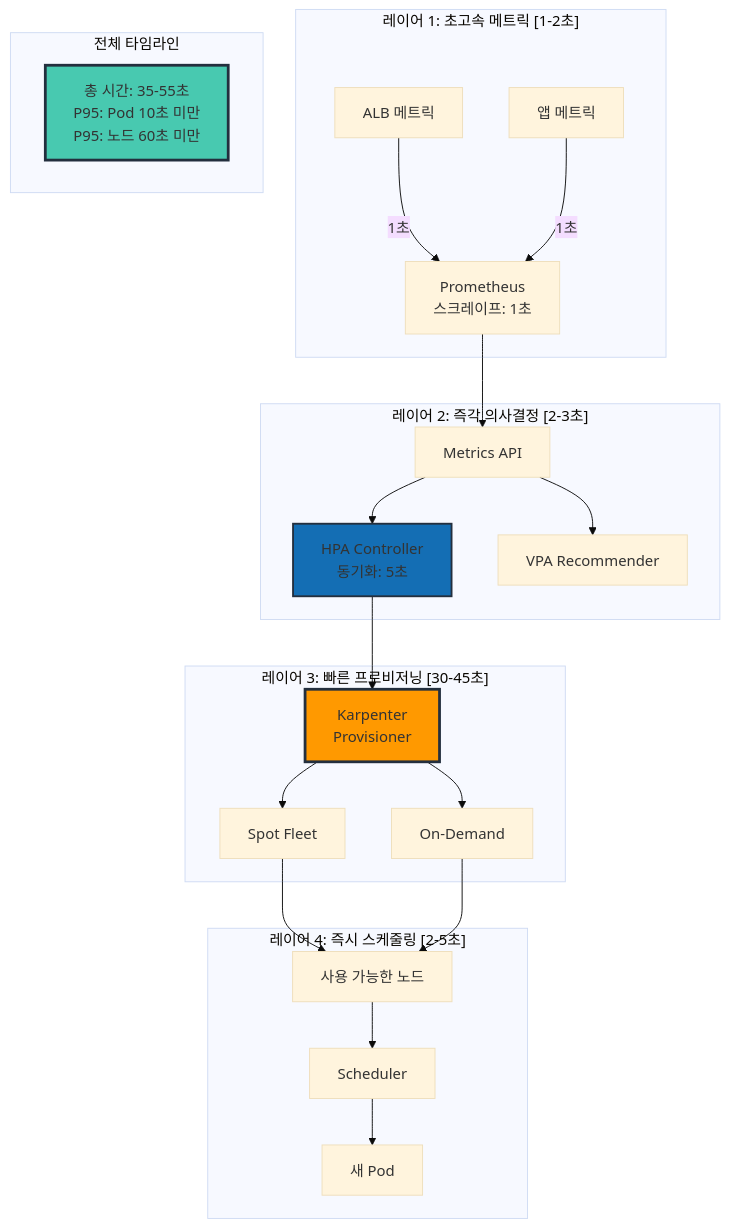
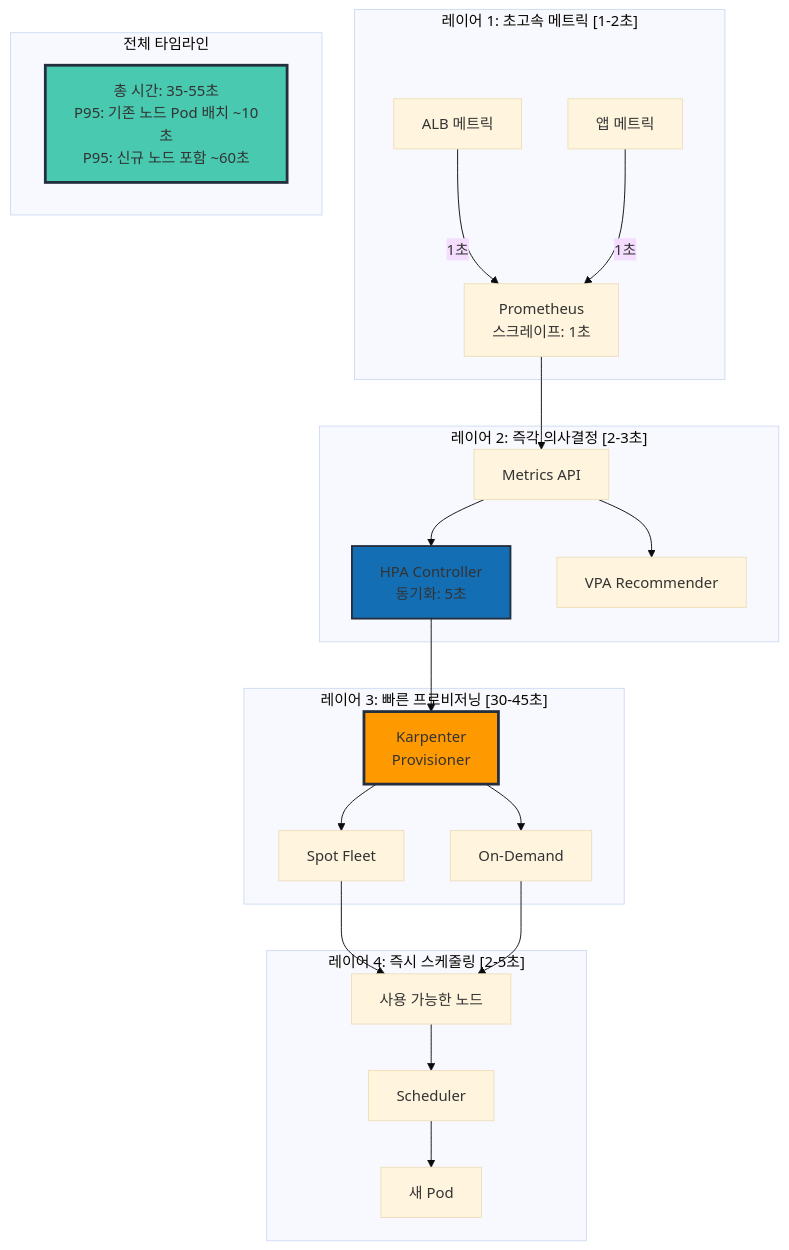
One commit to devfloor9/engineering-playbook changed the ninth of 33 diagrams in docs/infrastructure-optimization/karpenter-autoscaling.md. Above: the diagram before and after it, drawn with Mermaid (base theme). The commit also changed other lines of this file and 43 other files, not shown here.

````diff
--- a/docs/infrastructure-optimization/karpenter-autoscaling.md
+++ b/docs/infrastructure-optimization/karpenter-autoscaling.md
@@ -286,51 +522,51 @@
 ```mermaid
 graph TB
     subgraph "레이어 1: 초고속 메트릭 [1-2초]"
         ALB[ALB 메트릭]
         APP[앱 메트릭]
         PROM[Prometheus<br/>스크레이프: 1초]
 
         ALB -->|1초| PROM
         APP -->|1초| PROM
     end
 
     subgraph "레이어 2: 즉각 의사결정 [2-3초]"
         MA[Metrics API]
         HPA[HPA Controller<br/>동기화: 5초]
         VPA[VPA Recommender]
 
         PROM --> MA
         MA --> HPA
         MA --> VPA
     end
 
     subgraph "레이어 3: 빠른 프로비저닝 [30-45초]"
         KARP[Karpenter<br/>Provisioner]
         SPOT[Spot Fleet]
         OD[On-Demand]
 
         HPA --> KARP
         KARP --> SPOT
         KARP --> OD
     end
 
     subgraph "레이어 4: 즉시 스케줄링 [2-5초]"
         SCHED[Scheduler]
         NODE[사용 가능한 노드]
         POD[새 Pod]
 
         SPOT --> NODE
         OD --> NODE
         NODE --> SCHED
         SCHED --> POD
     end
 
     subgraph "전체 타임라인"
-        TOTAL[총 시간: 35-55초<br/>P95: Pod 10초 미만<br/>P95: 노드 60초 미만]
+        TOTAL[총 시간: 35-55초<br/>P95: 기존 노드 Pod 배치 ~10초<br/>P95: 신규 노드 포함 ~60초]
     end
 
     style KARP fill:#ff9900,stroke:#232f3e,stroke-width:3px
     style HPA fill:#146eb4,stroke:#232f3e,stroke-width:2px
     style TOTAL fill:#48C9B0,stroke:#232f3e,stroke-width:3px
 
 ```
````
